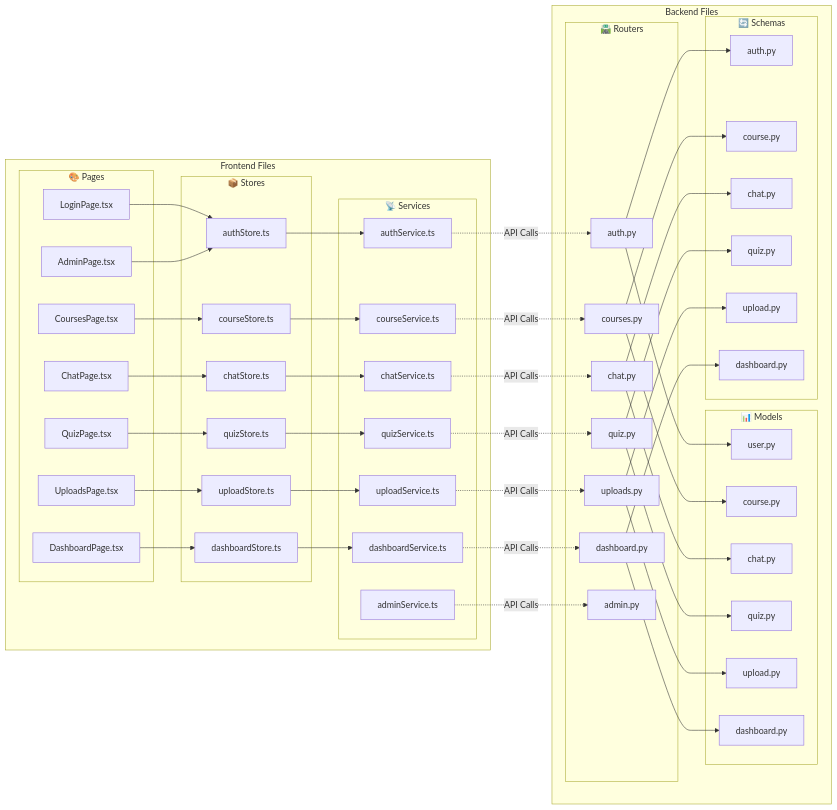
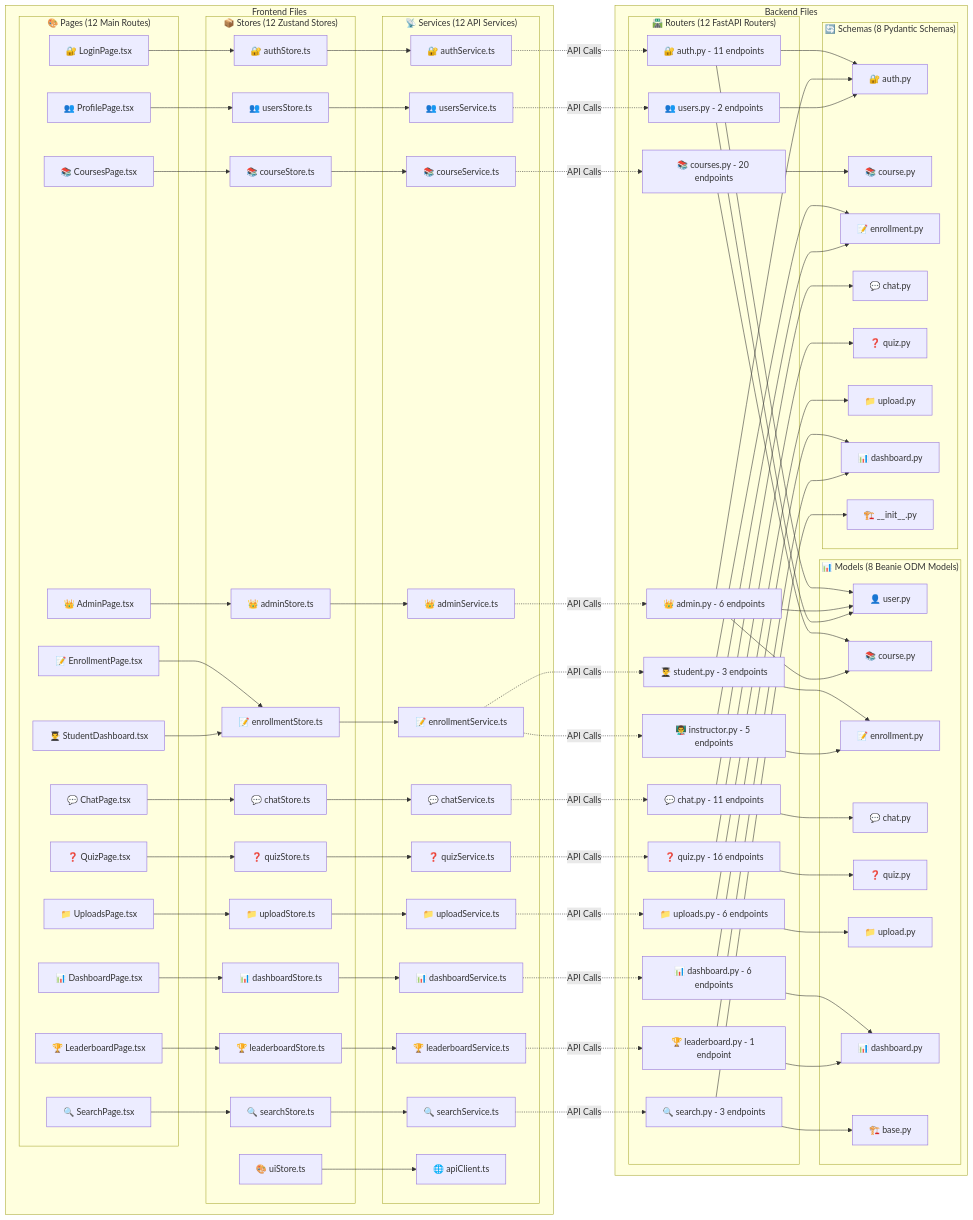
The third of 14 diagrams in SYSTEM_OVERVIEW.md (ta28nov/LEARNING-AI), drawn with Mermaid before and after one commit. The commit also changed other lines of this file, not shown here.

````diff
--- a/SYSTEM_OVERVIEW.md
+++ b/SYSTEM_OVERVIEW.md
@@ -238,105 +363,159 @@
 ```mermaid
 graph LR
     subgraph "Frontend Files"
-        subgraph "🎨 Pages"
-            LOGIN_PAGE[LoginPage.tsx]
-            COURSES_PAGE[CoursesPage.tsx]
-            CHAT_PAGE[ChatPage.tsx]
-            QUIZ_PAGE[QuizPage.tsx]
-            UPLOAD_PAGE[UploadsPage.tsx]
-            DASHBOARD_PAGE[DashboardPage.tsx]
-            ADMIN_PAGE[AdminPage.tsx]
+        subgraph "🎨 Pages (12 Main Routes)"
+            LOGIN_PAGE[🔐 LoginPage.tsx]
+            COURSES_PAGE[📚 CoursesPage.tsx]
+            ENROLLMENT_PAGE[📝 EnrollmentPage.tsx]
+            CHAT_PAGE[💬 ChatPage.tsx]
+            QUIZ_PAGE[❓ QuizPage.tsx]
+            UPLOAD_PAGE[📁 UploadsPage.tsx]
+            DASHBOARD_PAGE[📊 DashboardPage.tsx]
+            ADMIN_PAGE[👑 AdminPage.tsx]
+            SEARCH_PAGE[🔍 SearchPage.tsx]
+            PROFILE_PAGE[👥 ProfilePage.tsx]
+            LEADERBOARD_PAGE[🏆 LeaderboardPage.tsx]
+            STUDENT_PAGE[👨‍🎓 StudentDashboard.tsx]
         end
         
-        subgraph "📦 Stores"
-            AUTH_STORE[authStore.ts]
-            COURSE_STORE[courseStore.ts]
-            CHAT_STORE[chatStore.ts]
-            QUIZ_STORE[quizStore.ts]
-            UPLOAD_STORE[uploadStore.ts]
-            DASHBOARD_STORE[dashboardStore.ts]
+        subgraph "📦 Stores (12 Zustand Stores)"
+            AUTH_STORE[🔐 authStore.ts]
+            COURSE_STORE[📚 courseStore.ts]
+            ENROLLMENT_STORE[📝 enrollmentStore.ts]
+            CHAT_STORE[💬 chatStore.ts]
+            QUIZ_STORE[❓ quizStore.ts]
+            UPLOAD_STORE[📁 uploadStore.ts]
+            DASHBOARD_STORE[📊 dashboardStore.ts]
+            ADMIN_STORE[👑 adminStore.ts]
+            SEARCH_STORE[🔍 searchStore.ts]
+            USERS_STORE[👥 usersStore.ts]
+            LEADERBOARD_STORE[🏆 leaderboardStore.ts]
+            UI_STORE[🎨 uiStore.ts]
         end
         
-        subgraph "📡 Services"
-            AUTH_SVC[authService.ts]
-            COURSE_SVC[courseService.ts]
-            CHAT_SVC[chatService.ts]
-            QUIZ_SVC[quizService.ts]
-            UPLOAD_SVC[uploadService.ts]
-            DASHBOARD_SVC[dashboardService.ts]
-            ADMIN_SVC[adminService.ts]
+        subgraph "📡 Services (12 API Services)"
+            AUTH_SVC[🔐 authService.ts]
+            COURSE_SVC[📚 courseService.ts]
+            ENROLLMENT_SVC[📝 enrollmentService.ts]
+            CHAT_SVC[💬 chatService.ts]
+            QUIZ_SVC[❓ quizService.ts]
+            UPLOAD_SVC[📁 uploadService.ts]
+            DASHBOARD_SVC[📊 dashboardService.ts]
+            ADMIN_SVC[👑 adminService.ts]
+            SEARCH_SVC[🔍 searchService.ts]
+            USERS_SVC[👥 usersService.ts]
+            LEADERBOARD_SVC[🏆 leaderboardService.ts]
+            API_CLIENT_SVC[🌐 apiClient.ts]
         end
     end
     
     subgraph "Backend Files"
-        subgraph "🛣️ Routers"
-            AUTH_ROUTER[auth.py]
-            COURSE_ROUTER[courses.py]
-            CHAT_ROUTER[chat.py]
-            QUIZ_ROUTER[quiz.py]
-            UPLOAD_ROUTER[uploads.py]
-            DASHBOARD_ROUTER[dashboard.py]
-            ADMIN_ROUTER[admin.py]
+        subgraph "🛣️ Routers (12 FastAPI Routers)"
+            AUTH_ROUTER[🔐 auth.py - 11 endpoints]
+            COURSE_ROUTER[📚 courses.py - 20 endpoints]
+            STUDENT_ROUTER[👨‍🎓 student.py - 3 endpoints]
+            INSTRUCTOR_ROUTER[👨‍🏫 instructor.py - 5 endpoints]
+            CHAT_ROUTER[💬 chat.py - 11 endpoints]
+            QUIZ_ROUTER[❓ quiz.py - 16 endpoints]
+            UPLOAD_ROUTER[📁 uploads.py - 6 endpoints]
+            DASHBOARD_ROUTER[📊 dashboard.py - 6 endpoints]
+            ADMIN_ROUTER[👑 admin.py - 6 endpoints]
+            SEARCH_ROUTER[🔍 search.py - 3 endpoints]
+            USERS_ROUTER[👥 users.py - 2 endpoints]
+            LEADERBOARD_ROUTER[🏆 leaderboard.py - 1 endpoint]
         end
         
-        subgraph "📊 Models"
-            USER_MODEL[user.py]
-            COURSE_MODEL[course.py]
-            CHAT_MODEL[chat.py]
-            QUIZ_MODEL[quiz.py]
-            UPLOAD_MODEL[upload.py]
-            DASHBOARD_MODEL[dashboard.py]
+        subgraph "📊 Models (8 Beanie ODM Models)"
+            USER_MODEL[👤 user.py]
+            COURSE_MODEL[📚 course.py]
+            ENROLLMENT_MODEL[📝 enrollment.py]
+            CHAT_MODEL[💬 chat.py]
+            QUIZ_MODEL[❓ quiz.py]
+            UPLOAD_MODEL[📁 upload.py]
+            DASHBOARD_MODEL[📊 dashboard.py]
+            BASE_MODEL[🏗️ base.py]
         end
         
-        subgraph "🔄 Schemas"
-            AUTH_SCHEMA[auth.py]
-            COURSE_SCHEMA[course.py]
-            CHAT_SCHEMA[chat.py]
-            QUIZ_SCHEMA[quiz.py]
-            UPLOAD_SCHEMA[upload.py]
-            DASHBOARD_SCHEMA[dashboard.py]
+        subgraph "🔄 Schemas (8 Pydantic Schemas)"
+            AUTH_SCHEMA[🔐 auth.py]
+            COURSE_SCHEMA[📚 course.py]
+            ENROLLMENT_SCHEMA[📝 enrollment.py]
+            CHAT_SCHEMA[💬 chat.py]
+            QUIZ_SCHEMA[❓ quiz.py]
+            UPLOAD_SCHEMA[📁 upload.py]
+            DASHBOARD_SCHEMA[📊 dashboard.py]
+            BASE_SCHEMA[🏗️ __init__.py]
         end
     end
     
-    %% Page to Store connections
+    %% Page to Store connections (12 Mappings)
     LOGIN_PAGE --> AUTH_STORE
     COURSES_PAGE --> COURSE_STORE
+    ENROLLMENT_PAGE --> ENROLLMENT_STORE
     CHAT_PAGE --> CHAT_STORE
     QUIZ_PAGE --> QUIZ_STORE
     UPLOAD_PAGE --> UPLOAD_STORE
     DASHBOARD_PAGE --> DASHBOARD_STORE
-    ADMIN_PAGE --> AUTH_STORE
+    ADMIN_PAGE --> ADMIN_STORE
+    SEARCH_PAGE --> SEARCH_STORE
+    PROFILE_PAGE --> USERS_STORE
+    LEADERBOARD_PAGE --> LEADERBOARD_STORE
+    STUDENT_PAGE --> ENROLLMENT_STORE
     
-    %% Store to Service connections
+    %% Store to Service connections (12 Mappings)
     AUTH_STORE --> AUTH_SVC
     COURSE_STORE --> COURSE_SVC
+    ENROLLMENT_STORE --> ENROLLMENT_SVC
     CHAT_STORE --> CHAT_SVC
     QUIZ_STORE --> QUIZ_SVC
     UPLOAD_STORE --> UPLOAD_SVC
     DASHBOARD_STORE --> DASHBOARD_SVC
+    ADMIN_STORE --> ADMIN_SVC
+    SEARCH_STORE --> SEARCH_SVC
+    USERS_STORE --> USERS_SVC
+    LEADERBOARD_STORE --> LEADERBOARD_SVC
+    UI_STORE --> API_CLIENT_SVC
     
-    %% Service to Router connections
+    %% Service to Router connections (12 Mappings)
     AUTH_SVC -.->|API Calls| AUTH_ROUTER
     COURSE_SVC -.->|API Calls| COURSE_ROUTER
+    ENROLLMENT_SVC -.->|API Calls| STUDENT_ROUTER
+    ENROLLMENT_SVC -.->|API Calls| INSTRUCTOR_ROUTER
     CHAT_SVC -.->|API Calls| CHAT_ROUTER
     QUIZ_SVC -.->|API Calls| QUIZ_ROUTER
     UPLOAD_SVC -.->|API Calls| UPLOAD_ROUTER
     DASHBOARD_SVC -.->|API Calls| DASHBOARD_ROUTER
     ADMIN_SVC -.->|API Calls| ADMIN_ROUTER
+    SEARCH_SVC -.->|API Calls| SEARCH_ROUTER
+    USERS_SVC -.->|API Calls| USERS_ROUTER
+    LEADERBOARD_SVC -.->|API Calls| LEADERBOARD_ROUTER
     
-    %% Router to Model connections
+    %% Router to Model connections (12 Routers to 8 Models)
     AUTH_ROUTER --> USER_MODEL
     COURSE_ROUTER --> COURSE_MODEL
+    STUDENT_ROUTER --> ENROLLMENT_MODEL
+    INSTRUCTOR_ROUTER --> ENROLLMENT_MODEL
     CHAT_ROUTER --> CHAT_MODEL
     QUIZ_ROUTER --> QUIZ_MODEL
     UPLOAD_ROUTER --> UPLOAD_MODEL
     DASHBOARD_ROUTER --> DASHBOARD_MODEL
+    ADMIN_ROUTER --> USER_MODEL
+    ADMIN_ROUTER --> COURSE_MODEL
+    SEARCH_ROUTER --> BASE_MODEL
+    USERS_ROUTER --> USER_MODEL
+    LEADERBOARD_ROUTER --> DASHBOARD_MODEL
     
-    %% Router to Schema connections
+    %% Router to Schema connections (12 Routers to 8 Schemas)
     AUTH_ROUTER --> AUTH_SCHEMA
     COURSE_ROUTER --> COURSE_SCHEMA
+    STUDENT_ROUTER --> ENROLLMENT_SCHEMA
+    INSTRUCTOR_ROUTER --> ENROLLMENT_SCHEMA
     CHAT_ROUTER --> CHAT_SCHEMA
     QUIZ_ROUTER --> QUIZ_SCHEMA
     UPLOAD_ROUTER --> UPLOAD_SCHEMA
     DASHBOARD_ROUTER --> DASHBOARD_SCHEMA
+    ADMIN_ROUTER --> AUTH_SCHEMA
+    SEARCH_ROUTER --> BASE_SCHEMA
+    USERS_ROUTER --> AUTH_SCHEMA
+    LEADERBOARD_ROUTER --> DASHBOARD_SCHEMA
 ```
````
